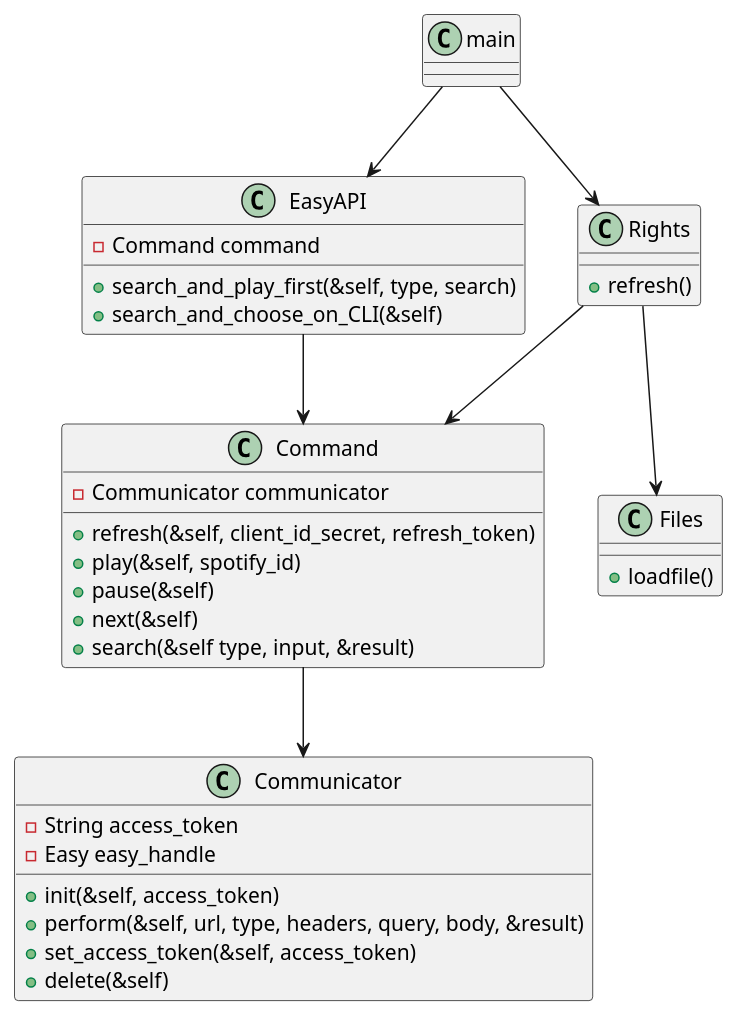
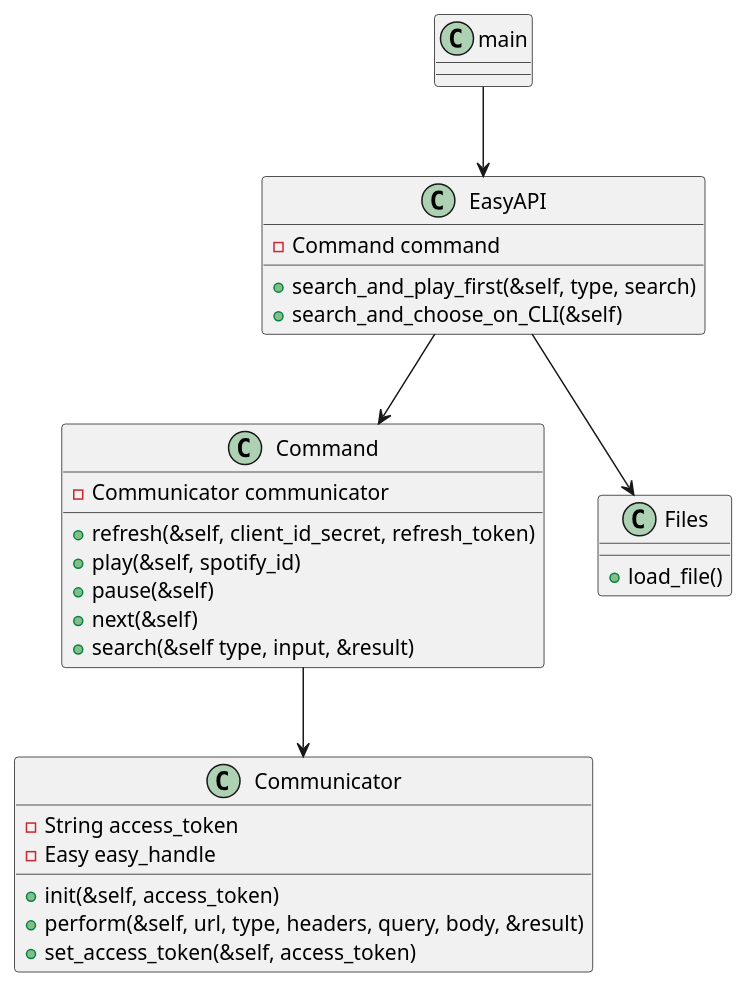
Before and after one commit to lethenju/spotify_rust: the diagram in doc/classes.pu, drawn with PlantUML. The commit also changed 5 other files, not shown here.

```diff
--- a/doc/classes.pu
+++ b/doc/classes.pu
@@ -1,39 +1,33 @@
 @startuml
 
 class Communicator {
     - String access_token
     - Easy easy_handle
     + init(&self, access_token)
     + perform(&self, url, type, headers, query, body, &result)
     + set_access_token(&self, access_token)
-    + delete(&self)
 }
 
 class Command {
     - Communicator communicator
     + refresh(&self, client_id_secret, refresh_token)
     + play(&self, spotify_id)
     + pause(&self)
     + next(&self)
     + search(&self type, input, &result)
 }
 
 class EasyAPI {
     - Command command
     + search_and_play_first(&self, type, search)
     + search_and_choose_on_CLI(&self)
 }
-class Rights {
-    + refresh()
-}
 
 class Files {
-    + loadfile()
+    + load_file()
 }
-main --> Rights
-Rights --> Files 
-Rights --> Command
 main --> EasyAPI
+EasyAPI --> Files
 EasyAPI --> Command
 Command --> Communicator
 @enduml
```
